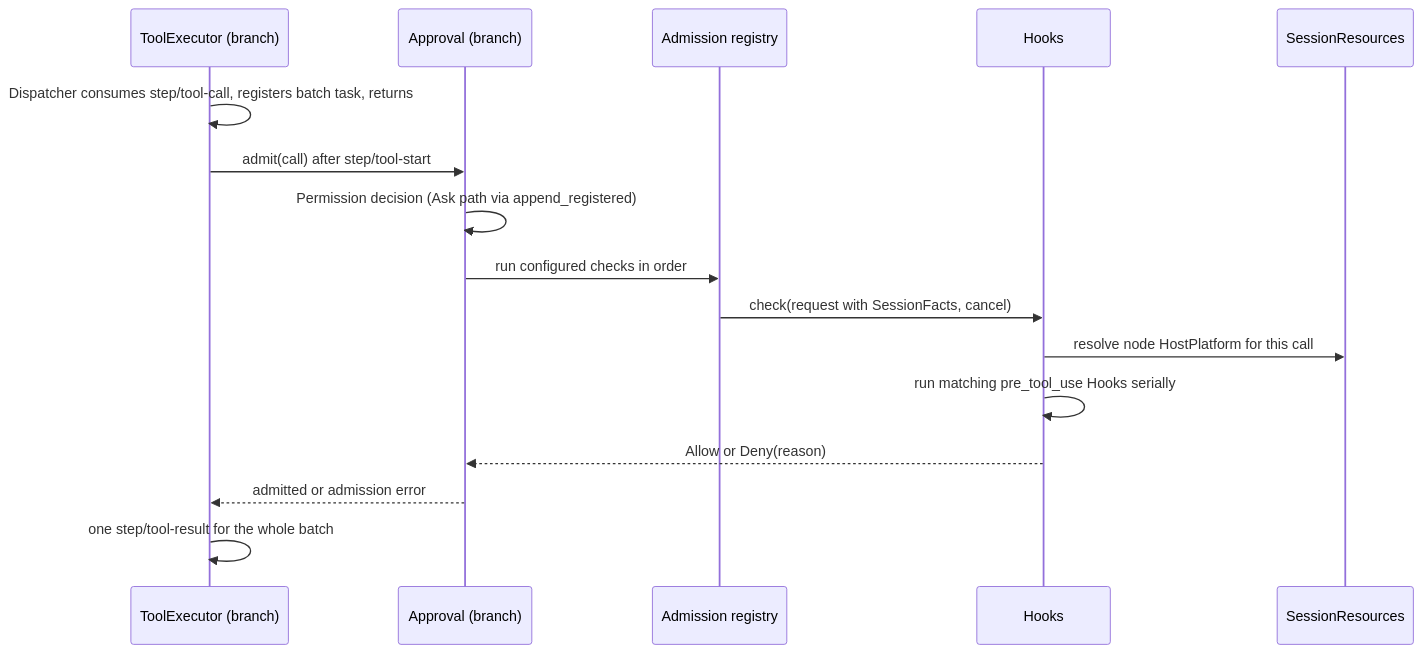
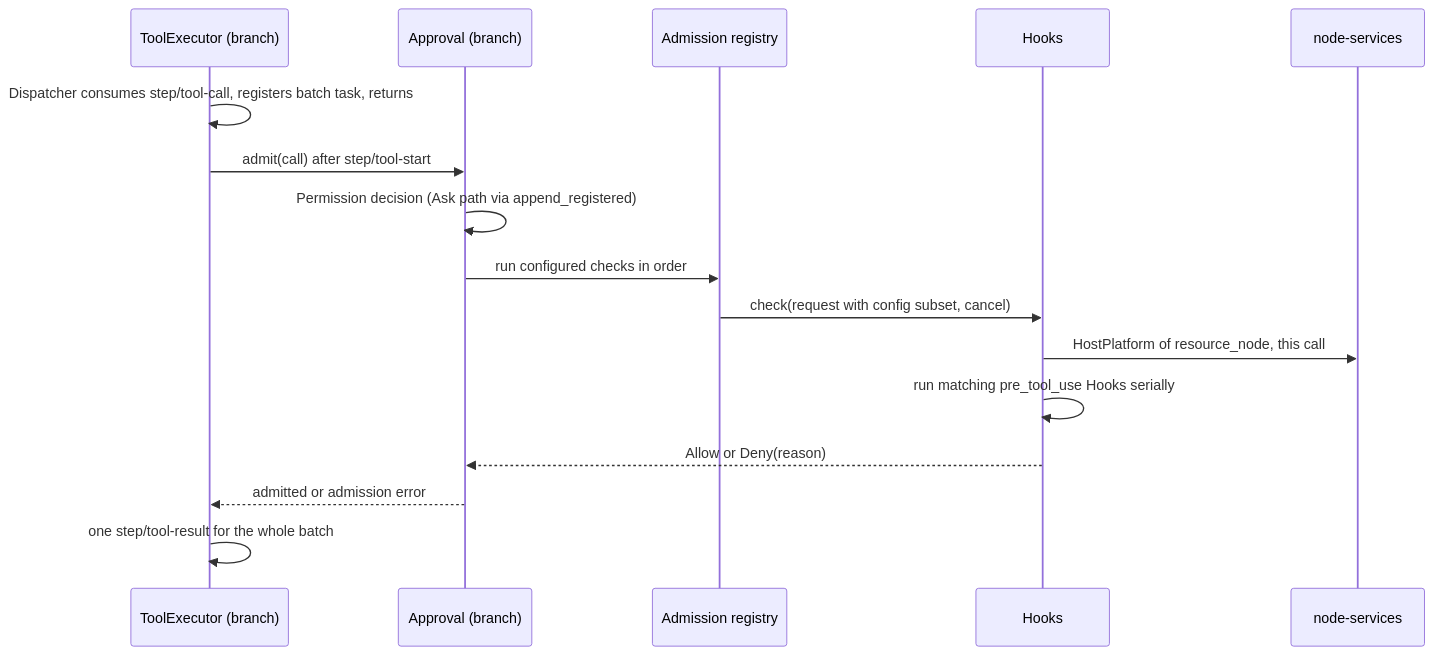
The third of 6 diagrams in docs/design/plugins/Hooks.md (CoutinhoTTS/dim-agent), drawn with Mermaid before and after one commit. The commit also changed other lines of this file and 3 other files, not shown here.

````diff
--- a/docs/design/plugins/Hooks.md
+++ b/docs/design/plugins/Hooks.md
@@ -79,18 +77,18 @@
 ```mermaid
 sequenceDiagram
   participant TE as ToolExecutor (branch)
   participant AP as Approval (branch)
   participant REG as Admission registry
   participant HK as Hooks
-  participant RES as SessionResources
+  participant RES as node-services
   TE->>TE: Dispatcher consumes step/tool-call, registers batch task, returns
   TE->>AP: admit(call) after step/tool-start
   AP->>AP: Permission decision (Ask path via append_registered)
   AP->>REG: run configured checks in order
-  REG->>HK: check(request with SessionFacts, cancel)
-  HK->>RES: resolve node HostPlatform for this call
+  REG->>HK: check(request with config subset, cancel)
+  HK->>RES: HostPlatform of resource_node, this call
   HK->>HK: run matching pre_tool_use Hooks serially
   HK-->>AP: Allow or Deny(reason)
   AP-->>TE: admitted or admission error
   TE->>TE: one step/tool-result for the whole batch
 ```
````
